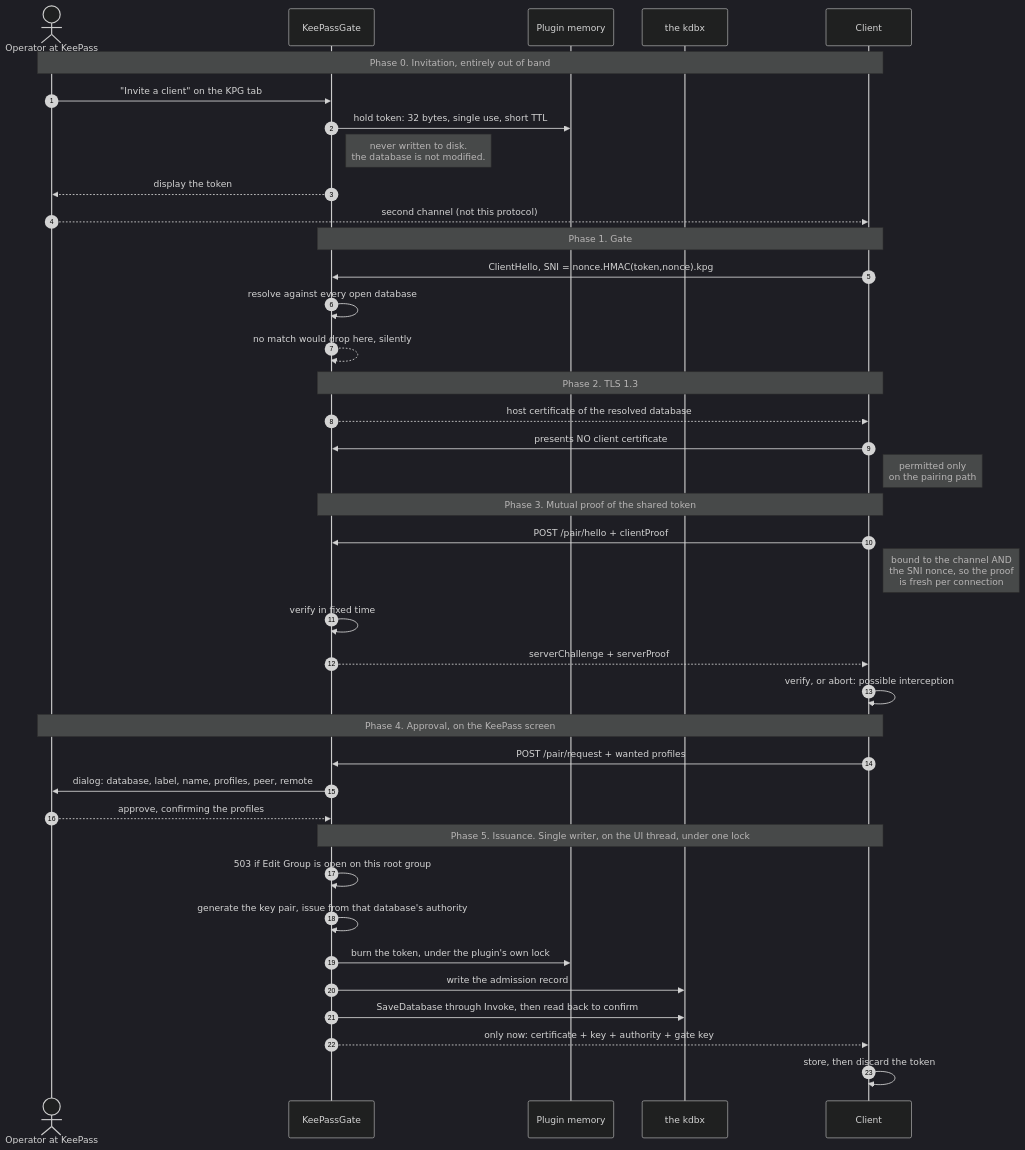
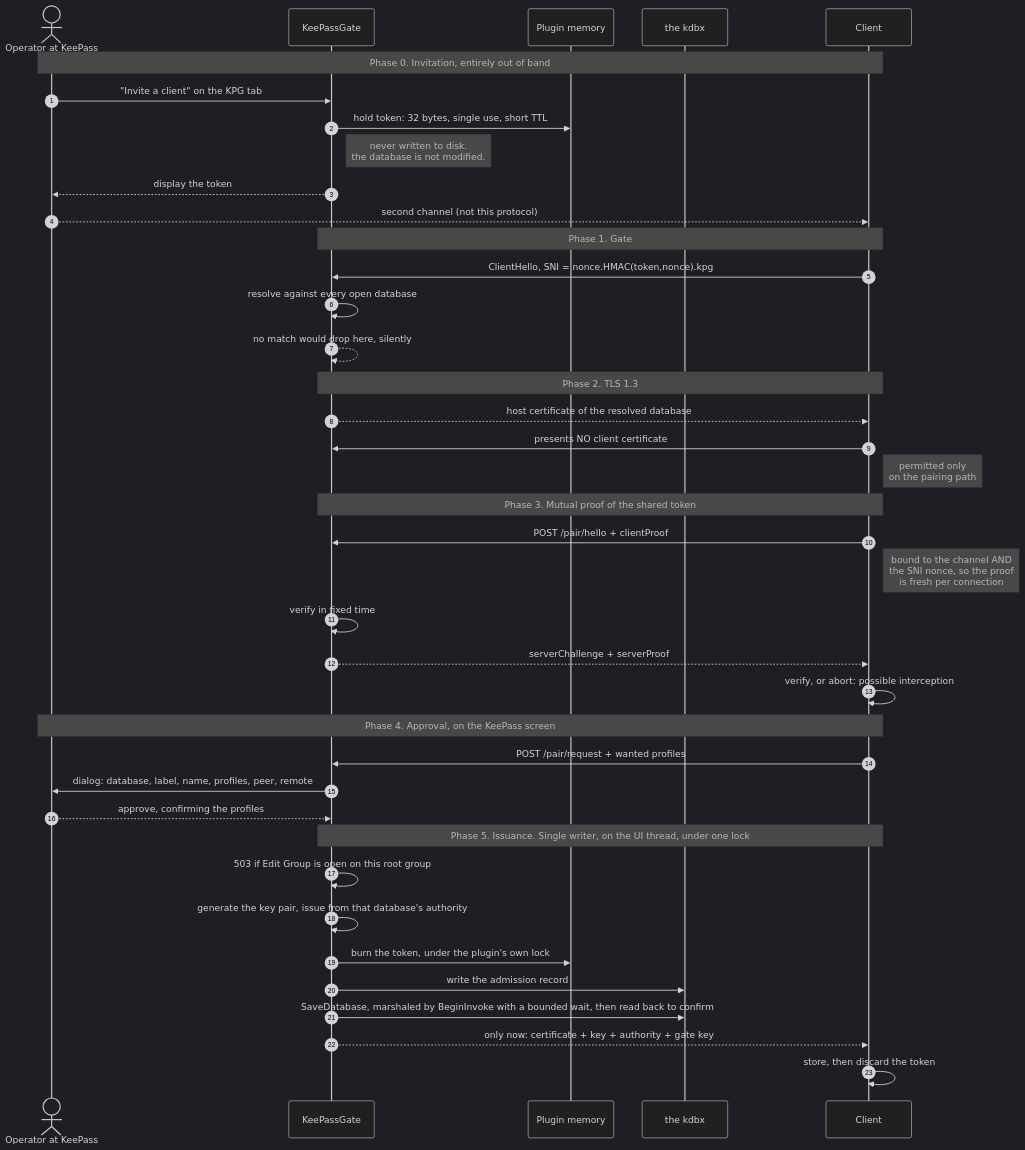
Before and after one commit to mfrnd/KeePassGate: the second of 5 diagrams in PAIRING.md, drawn with Mermaid (dark theme). The commit also changed other lines of this file and 8 other files, not shown here.

````diff
--- a/PAIRING.md
+++ b/PAIRING.md
@@ -58,47 +59,47 @@
 ```mermaid
 sequenceDiagram
     autonumber
     actor OP as Operator at KeePass
     participant KPG as KeePassGate
     participant MEM as Plugin memory
     participant DB as the kdbx
     participant CL as Client
 
     Note over OP,CL: Phase 0. Invitation, entirely out of band
     OP->>KPG: "Invite a client" on the KPG tab
     KPG->>MEM: hold token: 32 bytes, single use, short TTL
     Note right of KPG: never written to disk.<br/>the database is not modified.
     KPG-->>OP: display the token
     OP-->>CL: second channel (not this protocol)
 
     Note over KPG,CL: Phase 1. Gate
     CL->>KPG: ClientHello, SNI = nonce.HMAC(token,nonce).kpg
     KPG->>KPG: resolve against every open database
     KPG-->>KPG: no match would drop here, silently
 
     Note over KPG,CL: Phase 2. TLS 1.3
     KPG-->>CL: host certificate of the resolved database
     CL->>KPG: presents NO client certificate
     Note right of CL: permitted only<br/>on the pairing path
 
     Note over KPG,CL: Phase 3. Mutual proof of the shared token
     CL->>KPG: POST /pair/hello + clientProof
     Note right of CL: bound to the channel AND<br/>the SNI nonce, so the proof<br/>is fresh per connection
     KPG->>KPG: verify in fixed time
     KPG-->>CL: serverChallenge + serverProof
     CL->>CL: verify, or abort: possible interception
 
     Note over OP,CL: Phase 4. Approval, on the KeePass screen
     CL->>KPG: POST /pair/request + wanted profiles
     KPG->>OP: dialog: database, label, name, profiles, peer, remote
     OP-->>KPG: approve, confirming the profiles
 
     Note over KPG,CL: Phase 5. Issuance. Single writer, on the UI thread, under one lock
     KPG->>KPG: 503 if Edit Group is open on this root group
     KPG->>KPG: generate the key pair, issue from that database's authority
     KPG->>MEM: burn the token, under the plugin's own lock
     KPG->>DB: write the admission record
-    KPG->>DB: SaveDatabase through Invoke, then read back to confirm
+    KPG->>DB: SaveDatabase, marshaled by BeginInvoke with a bounded wait, then read back to confirm
     KPG-->>CL: only now: certificate + key + authority + gate key
     CL->>CL: store, then discard the token
 ```
````
